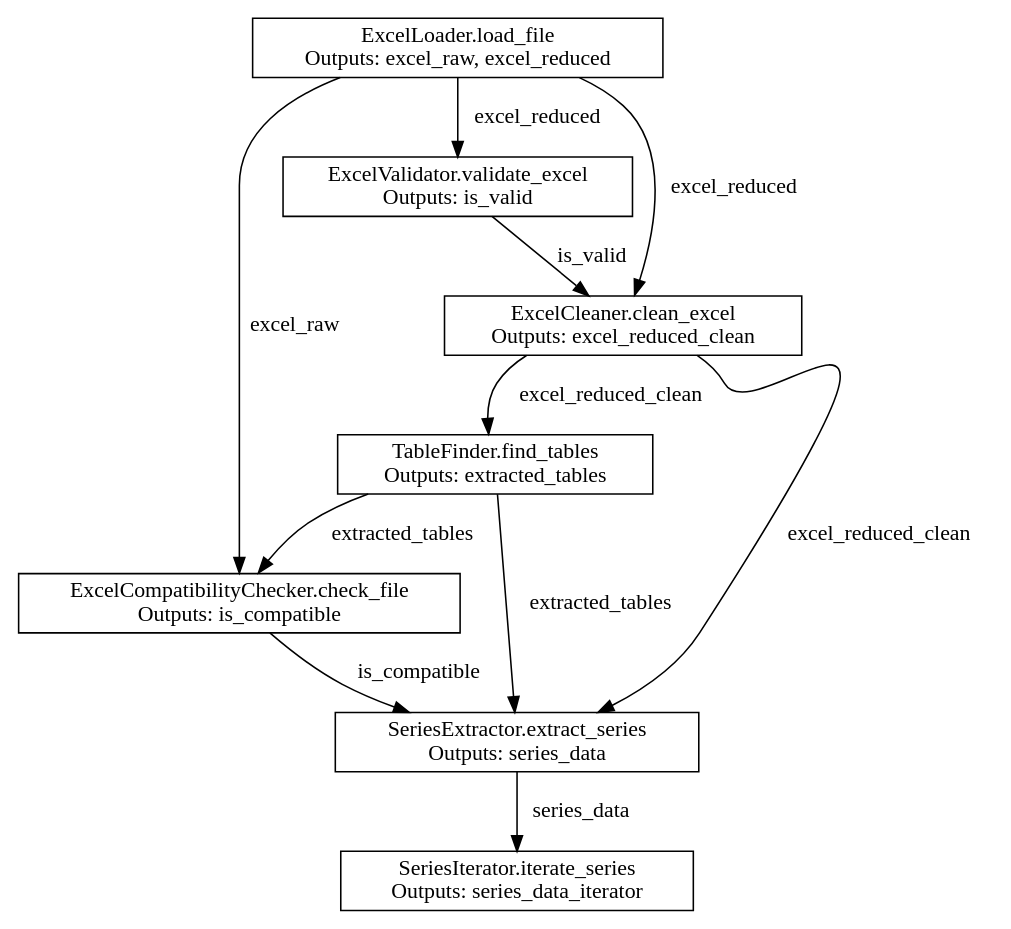
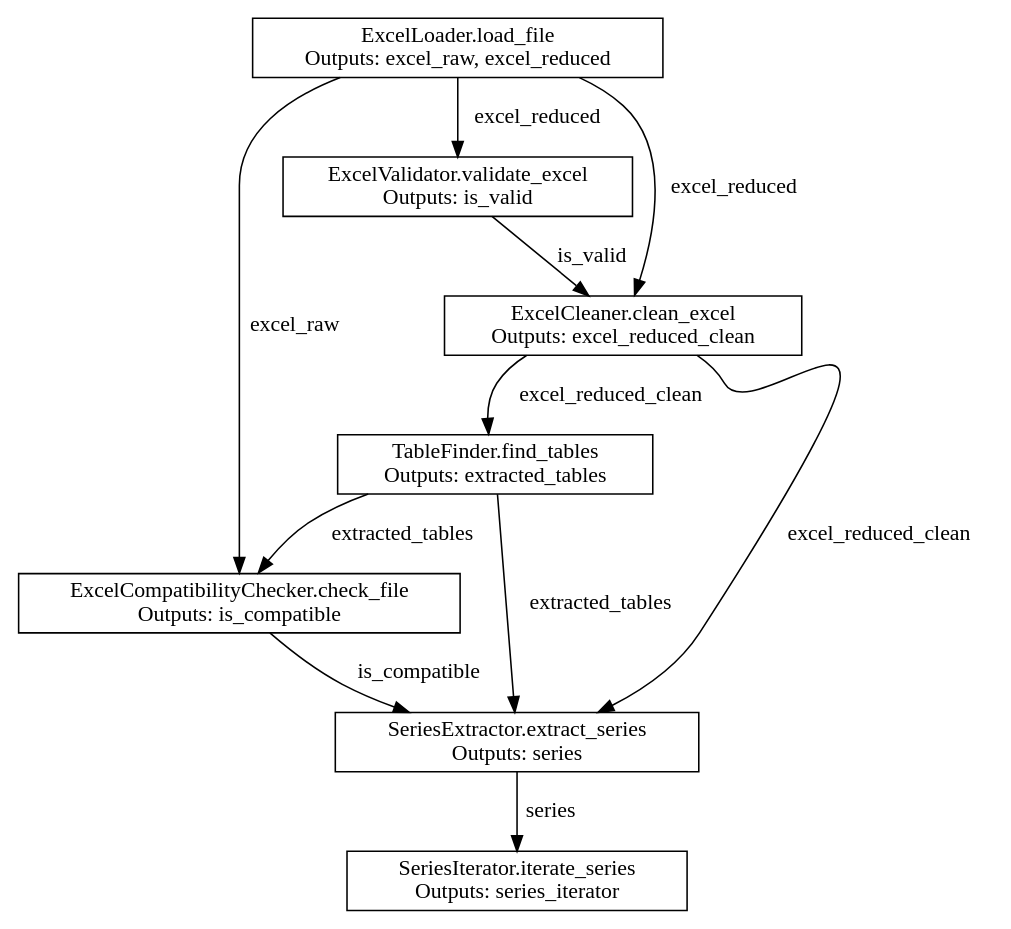
The diagram in docs/series_extraction.gv (Oxford-Data-Processes/excel-2-python), drawn with Graphviz before and after one commit. The commit also changed 6 other files, not shown here.

Commit message:
Add series iterator

```diff
--- a/docs/series_extraction.gv
+++ b/docs/series_extraction.gv
@@ -1,28 +1,28 @@
 // series_extraction
 digraph {
 	node [shape=box]
 	"ExcelLoader.load_file" [label="ExcelLoader.load_file
 Outputs: excel_raw, excel_reduced"]
 	"ExcelCompatibilityChecker.check_file" [label="ExcelCompatibilityChecker.check_file
 Outputs: is_compatible"]
 	"ExcelValidator.validate_excel" [label="ExcelValidator.validate_excel
 Outputs: is_valid"]
 	"ExcelCleaner.clean_excel" [label="ExcelCleaner.clean_excel
 Outputs: excel_reduced_clean"]
 	"TableFinder.find_tables" [label="TableFinder.find_tables
 Outputs: extracted_tables"]
 	"SeriesExtractor.extract_series" [label="SeriesExtractor.extract_series
-Outputs: series_data"]
+Outputs: series"]
 	"SeriesIterator.iterate_series" [label="SeriesIterator.iterate_series
-Outputs: series_data_iterator"]
+Outputs: series_iterator"]
 	"ExcelLoader.load_file" -> "ExcelCompatibilityChecker.check_file" [label=excel_raw]
 	"TableFinder.find_tables" -> "ExcelCompatibilityChecker.check_file" [label=extracted_tables]
 	"ExcelLoader.load_file" -> "ExcelValidator.validate_excel" [label=excel_reduced]
 	"ExcelLoader.load_file" -> "ExcelCleaner.clean_excel" [label=excel_reduced]
 	"ExcelValidator.validate_excel" -> "ExcelCleaner.clean_excel" [label=is_valid]
 	"ExcelCleaner.clean_excel" -> "TableFinder.find_tables" [label=excel_reduced_clean]
 	"ExcelCleaner.clean_excel" -> "SeriesExtractor.extract_series" [label=excel_reduced_clean]
 	"TableFinder.find_tables" -> "SeriesExtractor.extract_series" [label=extracted_tables]
 	"ExcelCompatibilityChecker.check_file" -> "SeriesExtractor.extract_series" [label=is_compatible]
-	"SeriesExtractor.extract_series" -> "SeriesIterator.iterate_series" [label=series_data]
+	"SeriesExtractor.extract_series" -> "SeriesIterator.iterate_series" [label=series]
 }
```
